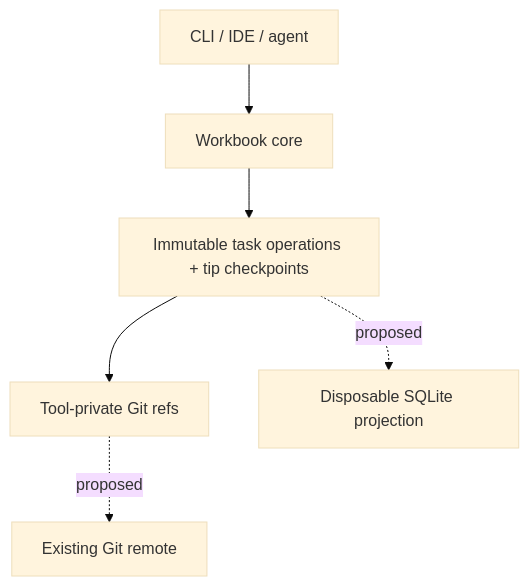
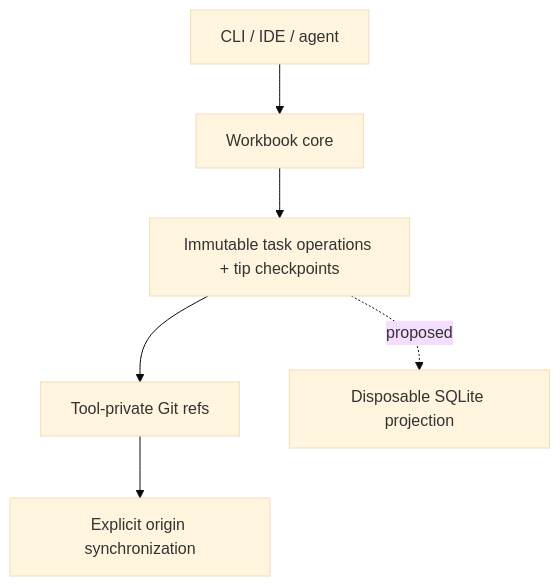
One commit to dgoings/workbook changed the diagram in README.md. Above: the diagram before and after it, drawn with Mermaid (base theme). The commit also changed other lines of this file and 12 other files, not shown here.

Commit message:
feat: add explicit task synchronization

````diff
--- a/README.md
+++ b/README.md
@@ -186,8 +217,8 @@
 ```mermaid
 flowchart TD
     CLI["CLI / IDE / agent"] --> Core["Workbook core"]
     Core --> Ops["Immutable task operations + tip checkpoints"]
     Ops --> Refs["Tool-private Git refs"]
-    Refs -. proposed .-> Remote["Existing Git remote"]
+    Refs --> Remote["Explicit origin synchronization"]
     Ops -. proposed .-> SQLite["Disposable SQLite projection"]
 ```
````
